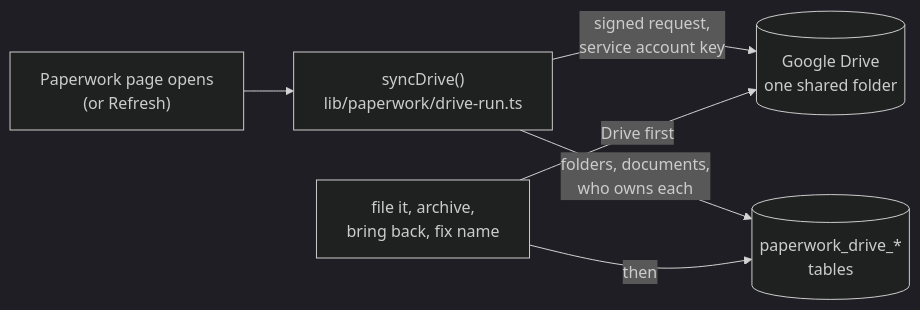
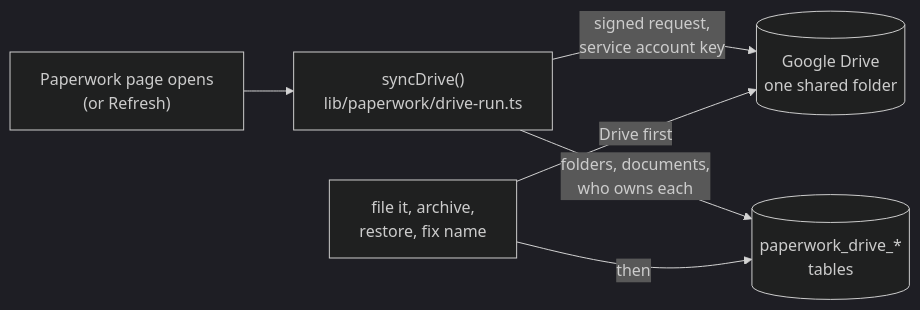
Diagram 11 of 12 in docs/architecture.md (vplakkot/HomeBase), drawn with Mermaid (dark theme) before and after one commit. The commit also changed 7 other files, not shown here.

Commit message:
Paperwork: Bring back is Restore everywhere

````diff
--- a/docs/architecture.md
+++ b/docs/architecture.md
@@ -1048,8 +1048,8 @@
 ```mermaid
 flowchart LR
   Page["Paperwork page opens<br/>(or Refresh)"] --> Sync["syncDrive()<br/>lib/paperwork/drive-run.ts"]
   Sync -- "signed request,<br/>service account key" --> Drive[("Google Drive<br/>one shared folder")]
   Sync -- "folders, documents,<br/>who owns each" --> Copy[("paperwork_drive_*<br/>tables")]
-  Action["file it, archive,<br/>bring back, fix name"] -- "Drive first" --> Drive
+  Action["file it, archive,<br/>restore, fix name"] -- "Drive first" --> Drive
   Action -- "then" --> Copy
 ```
````
